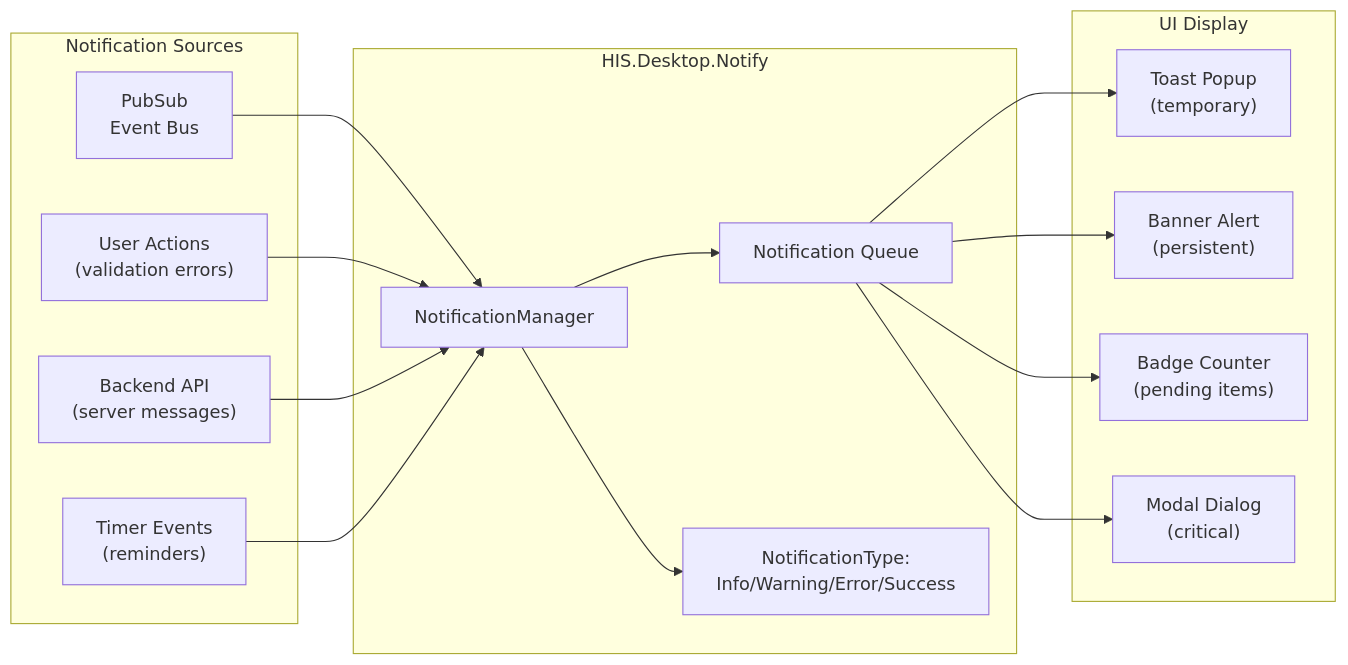
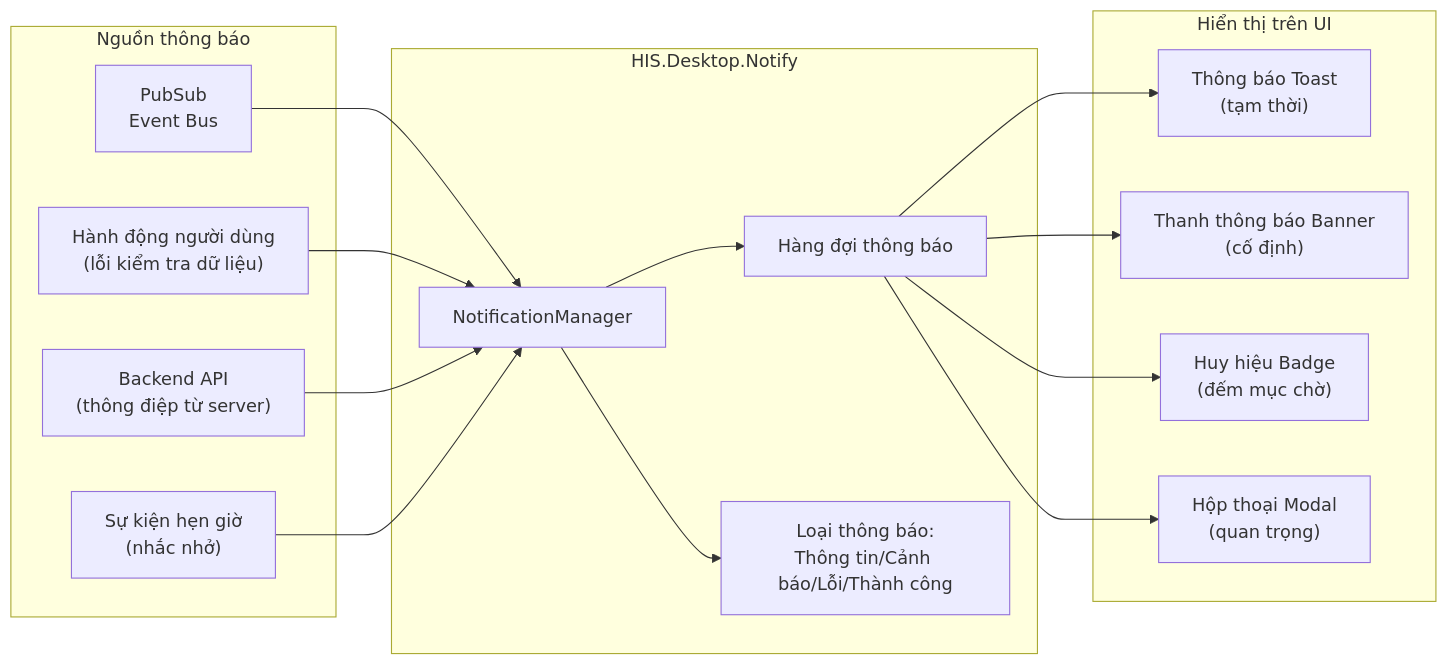
One commit to thangpnb/HIS changed the third of 32 diagrams in docs/his-ba-documentation/04-integrations/notifications-events.md. Above: the diagram before and after it, drawn with Mermaid. The commit also changed other lines of this file and 30 other files, not shown here.

Commit message:
Refactor architecture docs and update translations

````diff
--- a/docs/his-ba-documentation/04-integrations/notifications-events.md
+++ b/docs/his-ba-documentation/04-integrations/notifications-events.md
@@ -150,35 +150,35 @@
 ```mermaid
 graph LR
-    subgraph "Notification Sources"
+    subgraph "Nguồn thông báo"
         EventBus["PubSub<br/>Event Bus"]
-        UserAction["User Actions<br/>(validation errors)"]
-        BackendAPI["Backend API<br/>(server messages)"]
-        Timer["Timer Events<br/>(reminders)"]
+        UserAction["Hành động người dùng<br/>(lỗi kiểm tra dữ liệu)"]
+        BackendAPI["Backend API<br/>(thông điệp từ server)"]
+        Timer["Sự kiện hẹn giờ<br/>(nhắc nhở)"]
     end
     
     subgraph "HIS.Desktop.Notify"
         NotifyManager["NotificationManager"]
-        NotifyQueue["Notification Queue"]
-        NotifyTypes["NotificationType:<br/>Info/Warning/Error/Success"]
+        NotifyQueue["Hàng đợi thông báo"]
+        NotifyTypes["Loại thông báo:<br/>Thông tin/Cảnh báo/Lỗi/Thành công"]
     end
     
-    subgraph "UI Display"
-        Toast["Toast Popup<br/>(temporary)"]
-        Banner["Banner Alert<br/>(persistent)"]
-        Badge["Badge Counter<br/>(pending items)"]
-        Modal["Modal Dialog<br/>(critical)"]
+    subgraph "Hiển thị trên UI"
+        Toast["Thông báo Toast<br/>(tạm thời)"]
+        Banner["Thanh thông báo Banner<br/>(cố định)"]
+        Badge["Huy hiệu Badge<br/>(đếm mục chờ)"]
+        Modal["Hộp thoại Modal<br/>(quan trọng)"]
     end
     
     EventBus --> NotifyManager
     UserAction --> NotifyManager
     BackendAPI --> NotifyManager
     Timer --> NotifyManager
     
     NotifyManager --> NotifyQueue
     NotifyManager --> NotifyTypes
     
     NotifyQueue --> Toast
     NotifyQueue --> Banner
     NotifyQueue --> Badge
     NotifyQueue --> Modal
 ```
````
